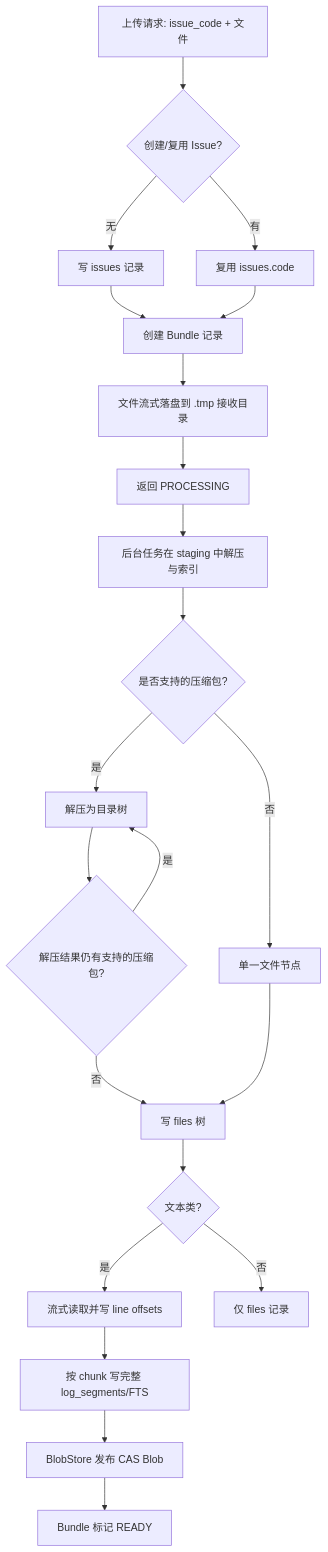
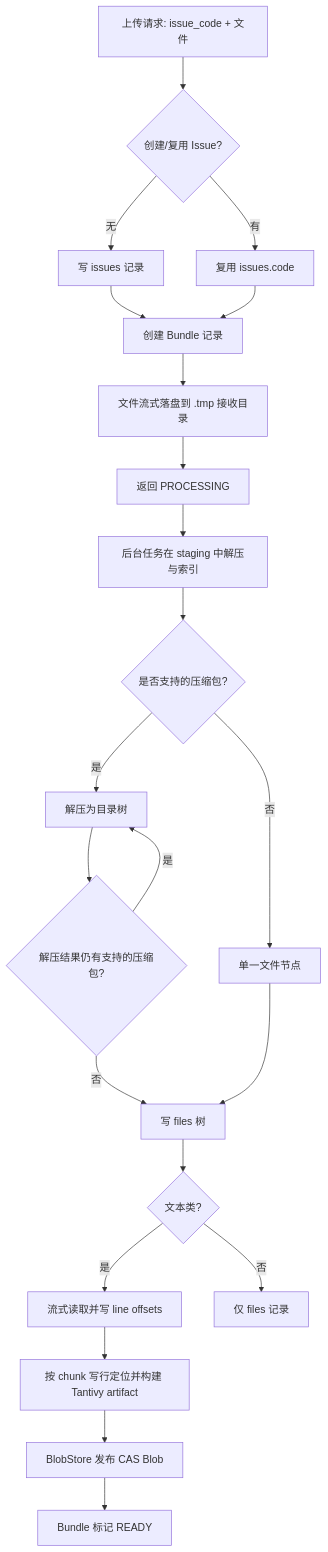
The diagram in doc/DB.md (SwartzMss/Rain), drawn with Mermaid before and after one commit. The commit also changed other lines of this file and 4 other files, not shown here.

Commit message:
docs: sync current architecture and configuration (#207)

````diff
--- a/doc/DB.md
+++ b/doc/DB.md
@@ -157,24 +166,24 @@
 ```mermaid
 flowchart TD
     A[上传请求: issue_code + 文件] --> B{创建/复用 Issue?}
     B -->|无| C[写 issues 记录]
     B -->|有| D[复用 issues.code]
     C --> E[创建 Bundle 记录]
     D --> E
     E --> F[文件流式落盘到 .tmp 接收目录]
     F --> G[返回 PROCESSING]
     G --> H[后台任务在 staging 中解压与索引]
     H --> I{是否支持的压缩包?}
     I -->|是| J[解压为目录树]
     I -->|否| K[单一文件节点]
     J --> J1{解压结果仍有支持的压缩包?}
     J1 -->|是| J
     J1 -->|否| L[写 files 树]
     K --> L
     L --> M{文本类?}
     M -->|是| N[流式读取并写 line offsets]
     M -->|否| O[仅 files 记录]
-    N --> P[按 chunk 写完整 log_segments/FTS]
+    N --> P[按 chunk 写行定位并构建 Tantivy artifact]
     P --> Q[BlobStore 发布 CAS Blob]
     Q --> R[Bundle 标记 READY]
 ```
````
